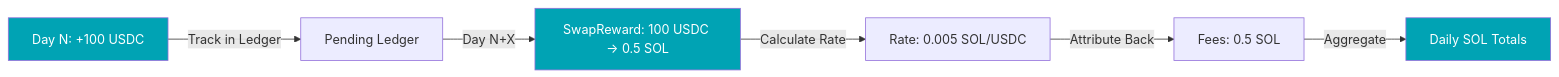
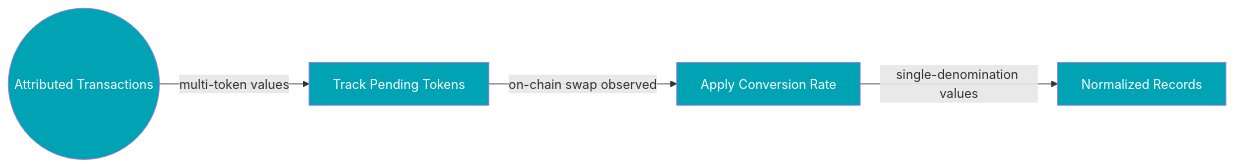
One commit to karstenalytics/frontend changed the fifth of 6 diagrams in docs/analysis/data-pipeline.mdx. Above: the diagram before and after it, drawn with Mermaid. The commit also changed other lines of this file and 157 other files, not shown here.

````diff
--- a/docs/analysis/data-pipeline.mdx
+++ b/docs/analysis/data-pipeline.mdx
@@ -186,12 +163,12 @@
 ```mermaid
+%%{init: {'flowchart': {'useMaxWidth': false}}}%%
 graph LR
-    A[Day N: +100 USDC] -->|Track in Ledger| B[Pending Ledger]
-    B -->|Day N+X| C[SwapReward: 100 USDC → 0.5 SOL]
-    C -->|Calculate Rate| D[Rate: 0.005 SOL/USDC]
-    D -->|Attribute Back| E[Fees: 0.5 SOL]
-    E -->|Aggregate| F[Daily SOL Totals]
+    A((Attributed Transactions)) -->|multi-token values| B[Track Pending Tokens]
+    B -->|on-chain swap observed| C[Apply Conversion Rate]
+    C -->|single-denomination values| D[Normalized Records]
 
     style A fill:#00A3B4,color:#fff
+    style B fill:#00A3B4,color:#fff
     style C fill:#00A3B4,color:#fff
-    style F fill:#00A3B4,color:#fff
+    style D fill:#00A3B4,color:#fff
 ```
````
